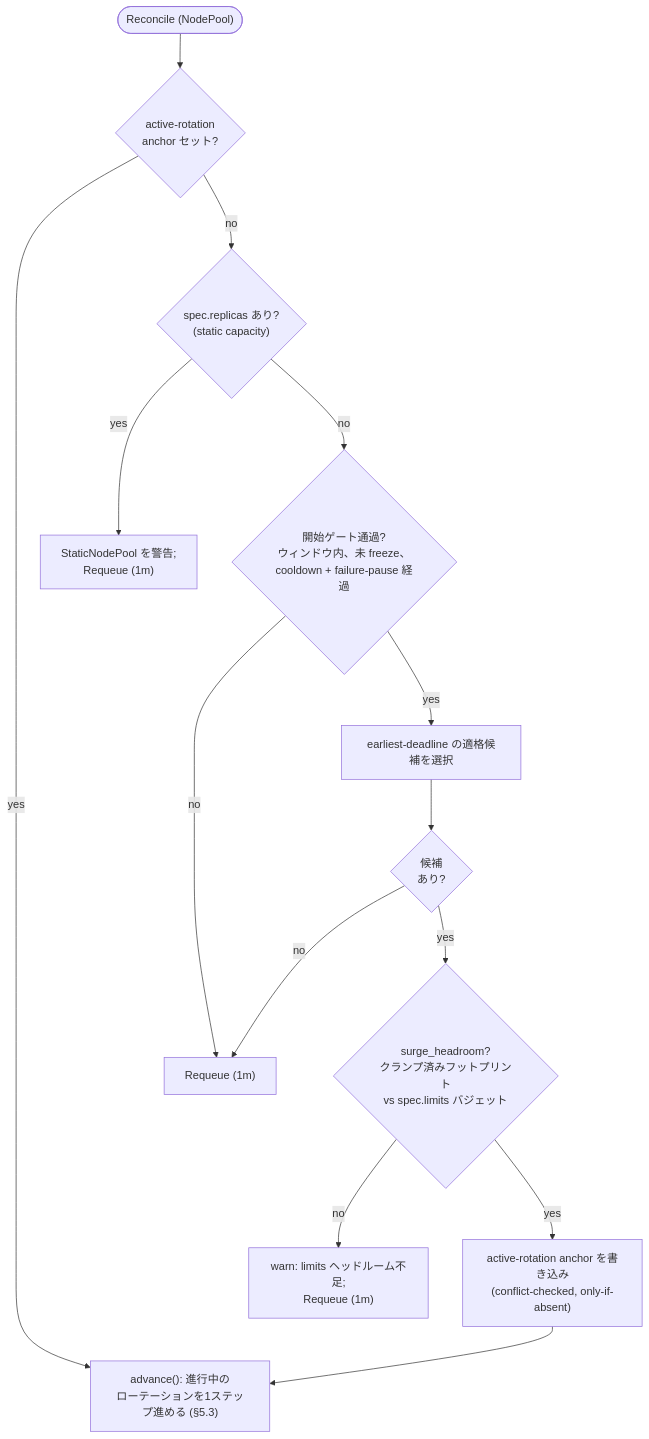
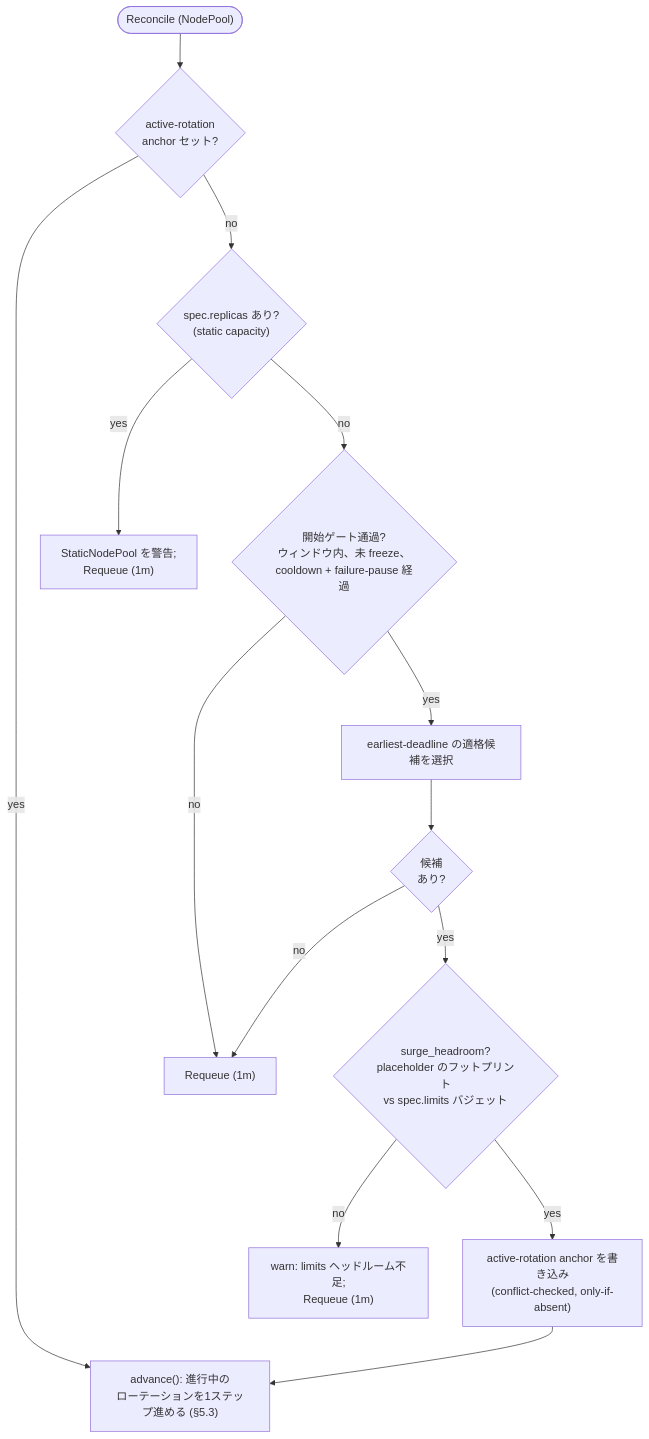
The second of 3 diagrams in docs/ja/specification/05-implementation.md (AkashiSN/node-rotation-controller), drawn with Mermaid before and after one commit. The commit also changed other lines of this file and 32 other files, not shown here.

First line of the commit message:
feat(surge): opt-in whole-node surge reservation, and announce the headroom block (#327)

````diff
--- a/docs/ja/specification/05-implementation.md
+++ b/docs/ja/specification/05-implementation.md
@@ -51,16 +51,16 @@
 ```mermaid
 flowchart TD
     entry(["Reconcile (NodePool)"]) --> q1{"active-rotation<br/>anchor セット?"}
     q1 -->|yes| adv["advance(): 進行中の<br/>ローテーションを1ステップ進める (§5.3)"]
     q1 -->|no| q1b{"spec.replicas あり?<br/>(static capacity)"}
     q1b -->|yes| stat["StaticNodePool を警告;<br/>Requeue (1m)"]
     q1b -->|no| q2{"開始ゲート通過?<br/>ウィンドウ内、未 freeze、<br/>cooldown + failure-pause 経過"}
     q2 -->|no| rq["Requeue (1m)"]
     q2 -->|yes| pick["earliest-deadline の適格候補を選択"]
     pick --> q3{"候補<br/>あり?"}
     q3 -->|no| rq
-    q3 -->|yes| q4{"surge_headroom?<br/>クランプ済みフットプリント<br/>vs spec.limits バジェット"}
+    q3 -->|yes| q4{"surge_headroom?<br/>placeholder のフットプリント<br/>vs spec.limits バジェット"}
     q4 -->|no| warn["warn: limits ヘッドルーム不足;<br/>Requeue (1m)"]
     q4 -->|yes| anchor["active-rotation anchor を書き込み<br/>(conflict-checked, only-if-absent)"]
     anchor --> adv
 ```
````
